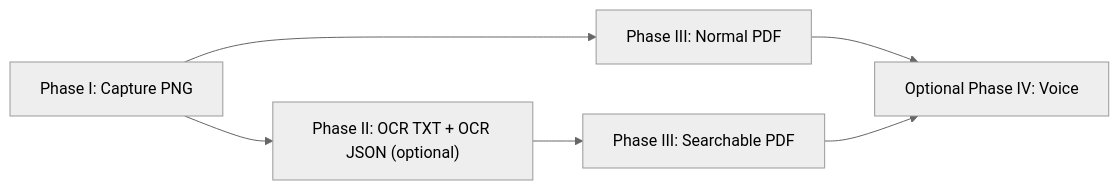
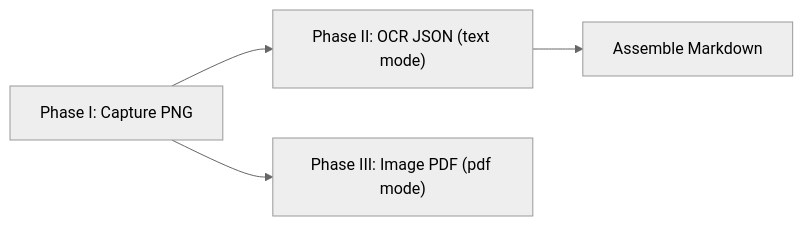
The diagram in GUIDE.md (jangwonboo/ebook_capture), drawn with Mermaid (neutral theme) before and after one commit. The commit also changed other lines of this file and 14 other files, not shown here.

````diff
--- a/GUIDE.md
+++ b/GUIDE.md
@@ -31,8 +34,6 @@
 ```mermaid
 flowchart LR
-  capture["Phase I: Capture PNG"] --> ocr["Phase II: OCR TXT + OCR JSON (optional)"]
-  capture --> pdf["Phase III: Normal PDF"]
-  ocr --> spdf["Phase III: Searchable PDF"]
-  pdf --> voice["Optional Phase IV: Voice"]
-  spdf --> voice
+  capture["Phase I: Capture PNG"] --> ocr["Phase II: OCR JSON (text mode)"]
+  capture --> pdf["Phase III: Image PDF (pdf mode)"]
+  ocr --> md["Assemble Markdown"]
 ```
````
